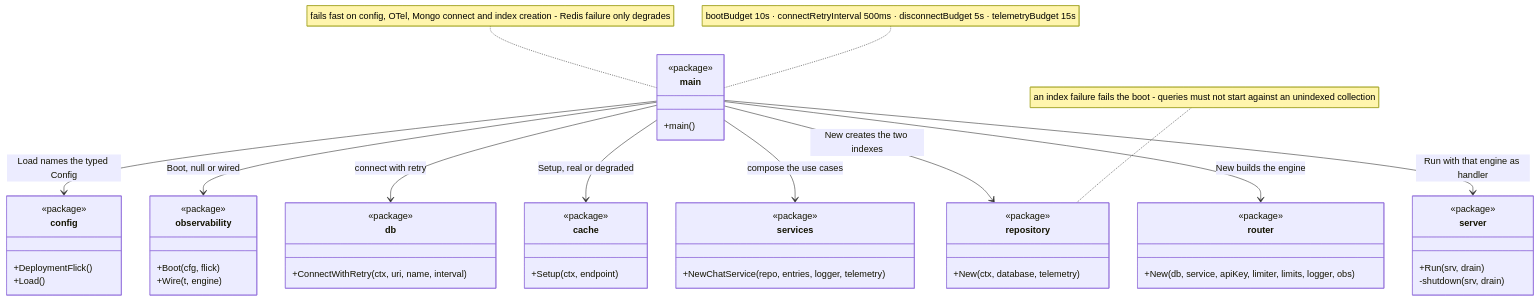
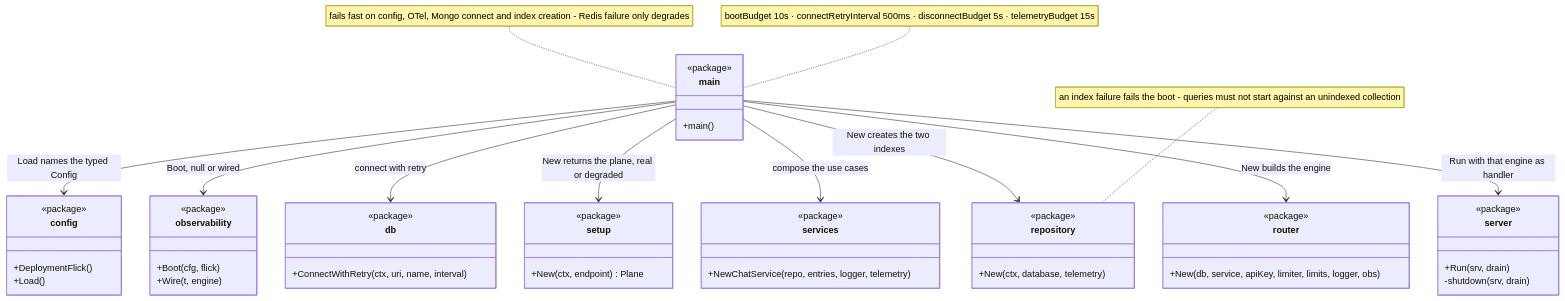
The third of 6 diagrams in services/chats/docs/concepts/architecture.md (kunalPisolkar24/detectAI), drawn with Mermaid before and after one commit. The commit also changed other lines of this file and 44 other files, not shown here.

````diff
--- a/services/chats/docs/concepts/architecture.md
+++ b/services/chats/docs/concepts/architecture.md
@@ -145,53 +146,53 @@
 ```mermaid
 classDiagram
     class main {
         <<package>>
         +main()
     }
     class config {
         <<package>>
         +DeploymentFlick()
         +Load()
     }
     class observability {
         <<package>>
         +Boot(cfg, flick)
         +Wire(t, engine)
     }
     class db {
         <<package>>
         +ConnectWithRetry(ctx, uri, name, interval)
     }
     class repository {
         <<package>>
         +New(ctx, database, telemetry)
     }
-    class cache {
+    class setup {
         <<package>>
-        +Setup(ctx, endpoint)
+        +New(ctx, endpoint) Plane
     }
     class services {
         <<package>>
         +NewChatService(repo, entries, logger, telemetry)
     }
     class router {
         <<package>>
         +New(db, service, apiKey, limiter, limits, logger, obs)
     }
     class server {
         <<package>>
         +Run(srv, drain)
         -shutdown(srv, drain)
     }
     main --> config : Load names the typed Config
     main --> observability : Boot, null or wired
     main --> db : connect with retry
     main --> repository : New creates the two indexes
-    main --> cache : Setup, real or degraded
+    main --> setup : New returns the plane, real or degraded
     main --> services : compose the use cases
     main --> router : New builds the engine
     main --> server : Run with that engine as handler
     note for main "bootBudget 10s · connectRetryInterval 500ms · disconnectBudget 5s · telemetryBudget 15s"
     note for main "fails fast on config, OTel, Mongo connect and index creation - Redis failure only degrades"
     note for repository "an index failure fails the boot - queries must not start against an unindexed collection"
 ```
````
